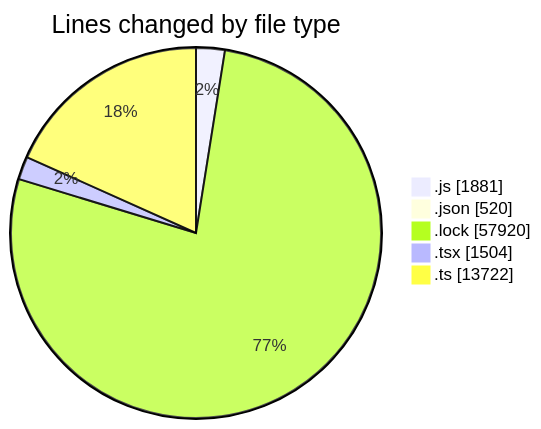
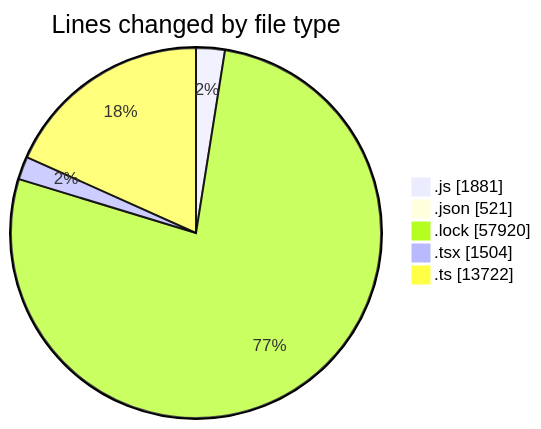
One commit to momahboobian/code-tracking changed the first of 2 diagrams in 2025-12-18/cda/README.md. Above: the diagram before and after it, drawn with Mermaid. The commit also changed other lines of this file and 1 other file, not shown here.

````diff
--- a/2025-12-18/cda/README.md
+++ b/2025-12-18/cda/README.md
@@ -60,9 +60,9 @@
 ```mermaid
 pie showData
 title Lines changed by file type
 ".js" : 1881
-".json" : 520
+".json" : 521
 ".lock" : 57920
 ".tsx" : 1504
 ".ts" : 13722
 ```
````
